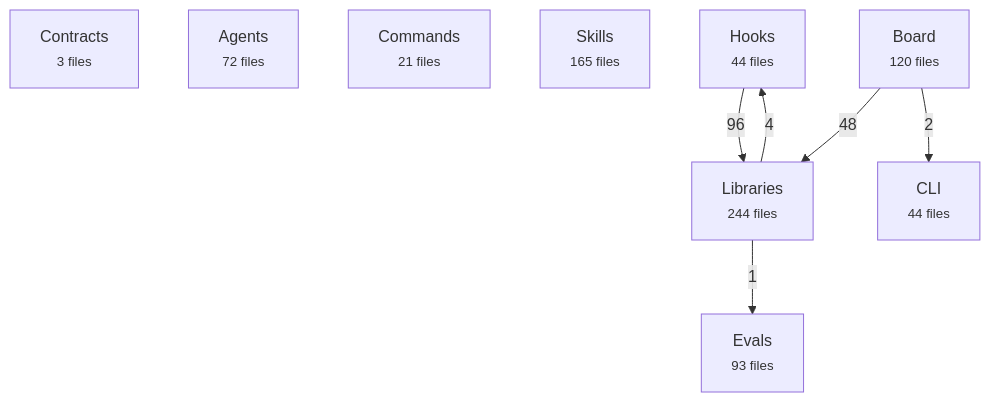
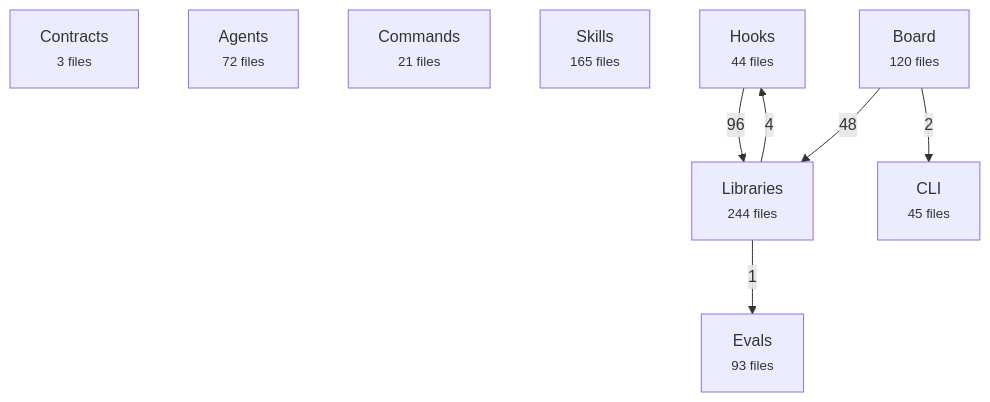
The first of 2 diagrams in docs/reference/architecture-map.md (avelikiy/great_cto), drawn with Mermaid before and after one commit. The commit also changed other lines of this file and 5 other files, not shown here.

````diff
--- a/docs/reference/architecture-map.md
+++ b/docs/reference/architecture-map.md
@@ -20,17 +20,17 @@
 ```mermaid
 flowchart TD
   contracts["Contracts<br/><small>3 files</small>"]
   agents["Agents<br/><small>72 files</small>"]
   commands["Commands<br/><small>21 files</small>"]
   skills["Skills<br/><small>165 files</small>"]
   hooks["Hooks<br/><small>44 files</small>"]
   libs["Libraries<br/><small>244 files</small>"]
   board["Board<br/><small>120 files</small>"]
-  cli["CLI<br/><small>44 files</small>"]
+  cli["CLI<br/><small>45 files</small>"]
   evals["Evals<br/><small>93 files</small>"]
   hooks -->|96| libs
   board -->|48| libs
   libs -->|4| hooks
   board -->|2| cli
   libs -->|1| evals
 ```
````
